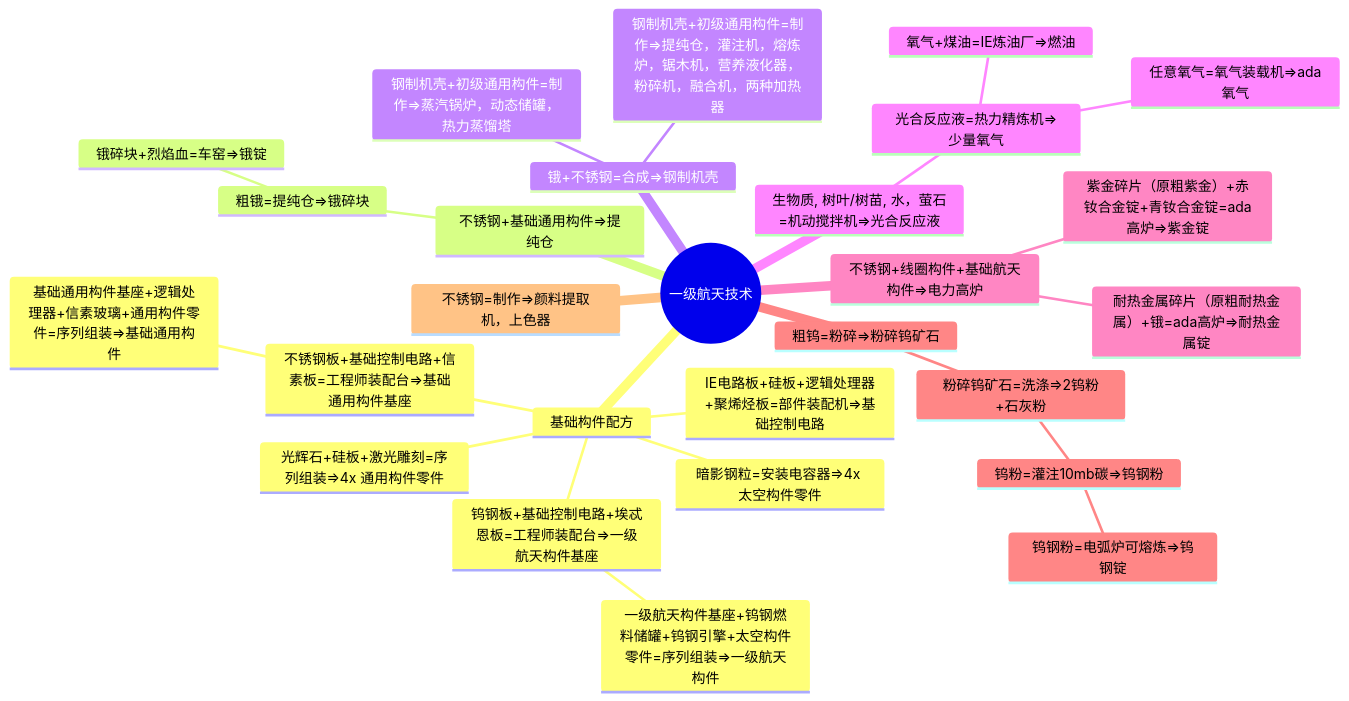
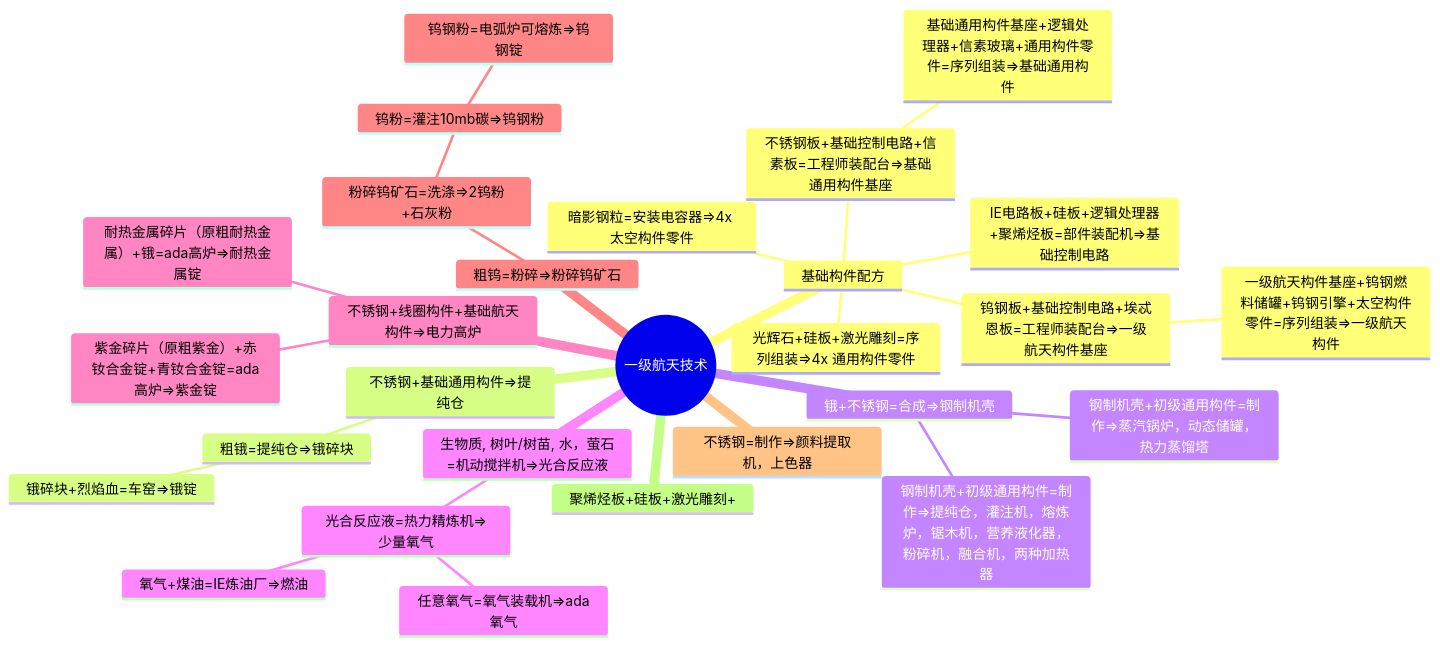
Before and after one commit to VechniMetel/CodeNameCIM2: the first of 4 diagrams in Developer/TechTreeMap.md, drawn with Mermaid. The commit also changed 2 other files, not shown here.

Commit message:
服务器实测后修正

````diff
--- a/Developer/TechTreeMap.md
+++ b/Developer/TechTreeMap.md
@@ -2,30 +2,32 @@
 ``` mermaid
 mindmap
     root((一级航天技术))
         基础构件配方
             IE电路板+硅板+逻辑处理器+聚烯烃板=部件装配机=>基础控制电路
             光辉石+硅板+激光雕刻=序列组装=>4x 通用构件零件
             暗影钢粒=安装电容器=>4x 太空构件零件
+            
             钨钢板+基础控制电路+埃忒恩板=工程师装配台=>一级航天构件基座
                 一级航天构件基座+钨钢燃料储罐+钨钢引擎+太空构件零件=序列组装=>一级航天构件
             不锈钢板+基础控制电路+信素板=工程师装配台=>基础通用构件基座
                 基础通用构件基座+逻辑处理器+信素玻璃+通用构件零件=序列组装=>基础通用构件
         不锈钢+基础通用构件=>提纯仓
             粗锇=提纯仓=>锇碎块
                 锇碎块+烈焰血=车窑=>锇锭
         锇+不锈钢=合成=>钢制机壳
             钢制机壳+初级通用构件=制作=>提纯仓，灌注机，熔炼炉，锯木机，营养液化器，粉碎机，融合机，两种加热器
             钢制机壳+初级通用构件=制作=>蒸汽锅炉，动态储罐，热力蒸馏塔
         生物质, 树叶/树苗, 水，萤石=机动搅拌机=>光合反应液
             光合反应液=热力精炼机=>少量氧气
                 氧气+煤油=IE炼油厂=>燃油
                 任意氧气=氧气装载机=>ada氧气
         不锈钢+线圈构件+基础航天构件=>电力高炉
             紫金碎片（原粗紫金）+赤钕合金锭+青钕合金锭=ada高炉=>紫金锭
             耐热金属碎片（原粗耐热金属）+锇=ada高炉=>耐热金属锭
         粗钨=粉碎=>粉碎钨矿石
             粉碎钨矿石=洗涤=>2钨粉+石灰粉
                 钨粉=灌注10mb碳=>钨钢粉
                     钨钢粉=电弧炉可熔炼=>钨钢锭
         不锈钢=制作=>颜料提取机，上色器
+        聚烯烃板+硅板+激光雕刻+
 ```
````
